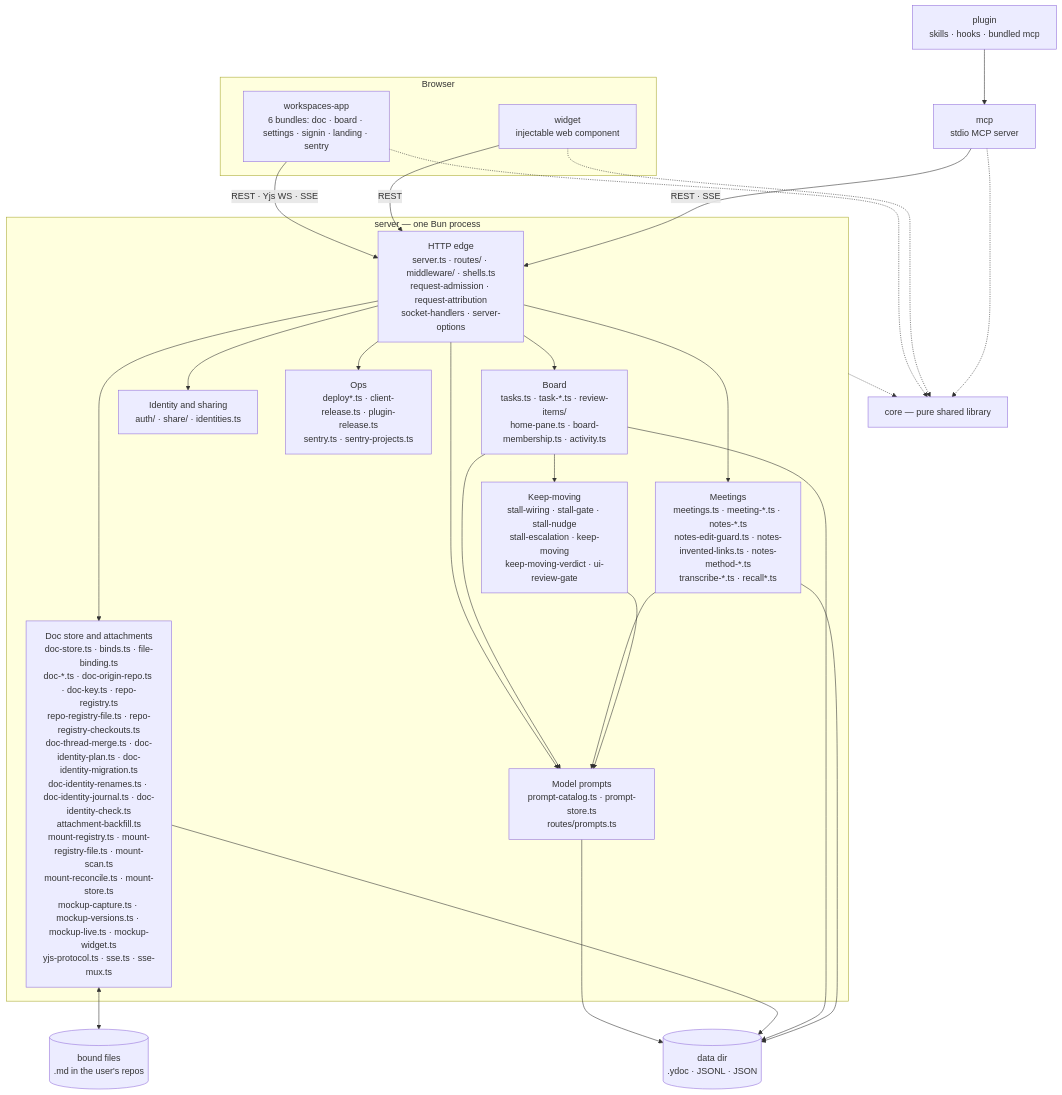
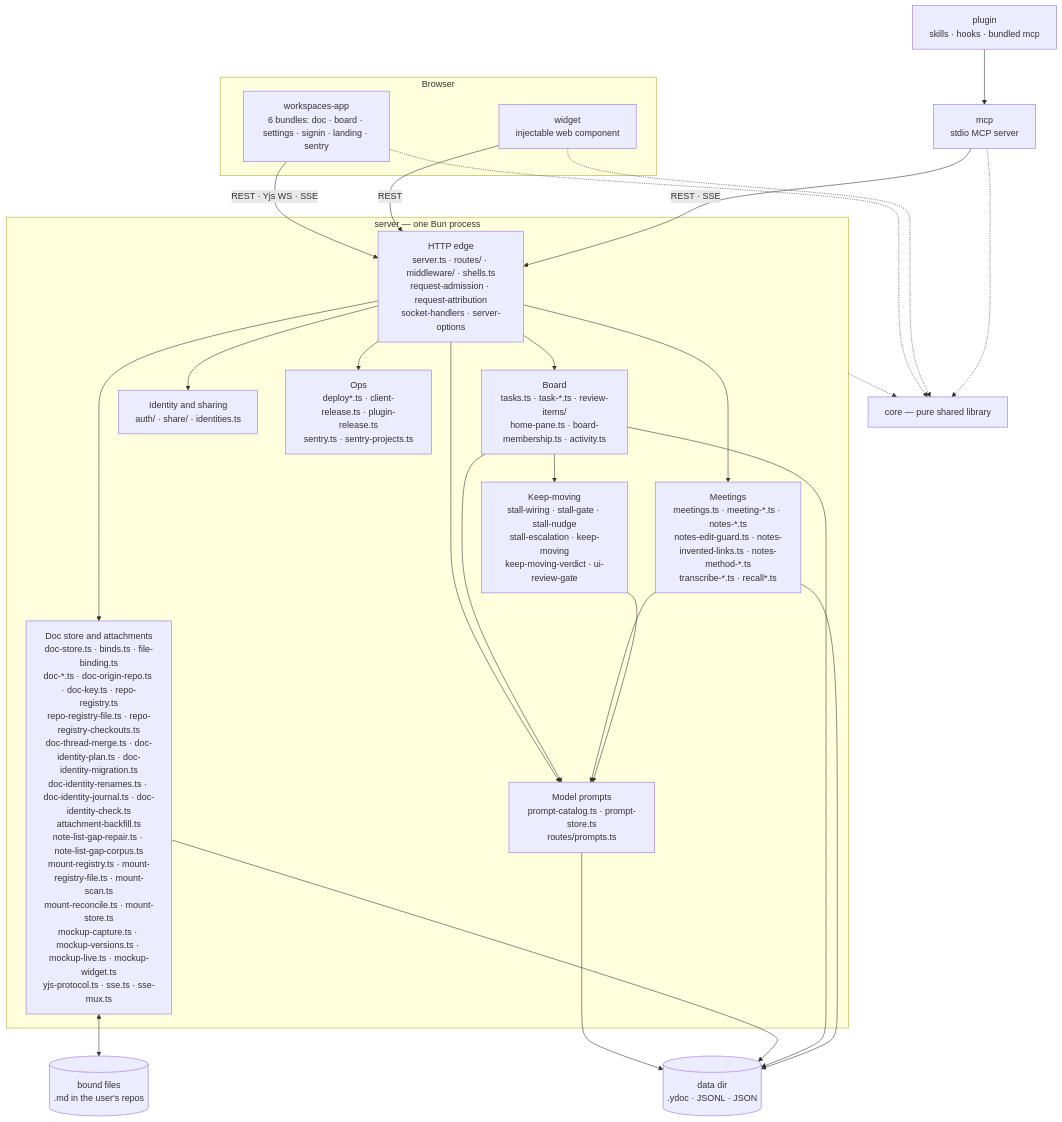
The first of 2 diagrams in docs/architecture/overview.md (fryanpan/claude-workspaces-plugin), drawn with Mermaid before and after one commit. The commit also changed other lines of this file and 8 other files, not shown here.

````diff
--- a/docs/architecture/overview.md
+++ b/docs/architecture/overview.md
@@ -45,35 +45,35 @@
 ```mermaid
 flowchart TB
   subgraph browser[Browser]
     app["workspaces-app<br/>6 bundles: doc · board · settings · signin · landing · sentry"]
     wid["widget<br/>injectable web component"]
   end
   plug["plugin<br/>skills · hooks · bundled mcp"]
   mcp["mcp<br/>stdio MCP server"]
   subgraph srv["server — one Bun process"]
     edge["HTTP edge<br/>server.ts · routes/ · middleware/ · shells.ts<br/>request-admission · request-attribution<br/>socket-handlers · server-options"]
-    docs["Doc store and attachments<br/>doc-store.ts · binds.ts · file-binding.ts<br/>doc-*.ts · doc-origin-repo.ts · doc-key.ts · repo-registry.ts<br/>repo-registry-file.ts · repo-registry-checkouts.ts<br/>doc-thread-merge.ts · doc-identity-plan.ts · doc-identity-migration.ts<br/>doc-identity-renames.ts · doc-identity-journal.ts · doc-identity-check.ts<br/>attachment-backfill.ts<br/>mount-registry.ts · mount-registry-file.ts · mount-scan.ts<br/>mount-reconcile.ts · mount-store.ts<br/>mockup-capture.ts · mockup-versions.ts · mockup-live.ts · mockup-widget.ts<br/>yjs-protocol.ts · sse.ts · sse-mux.ts"]
+    docs["Doc store and attachments<br/>doc-store.ts · binds.ts · file-binding.ts<br/>doc-*.ts · doc-origin-repo.ts · doc-key.ts · repo-registry.ts<br/>repo-registry-file.ts · repo-registry-checkouts.ts<br/>doc-thread-merge.ts · doc-identity-plan.ts · doc-identity-migration.ts<br/>doc-identity-renames.ts · doc-identity-journal.ts · doc-identity-check.ts<br/>attachment-backfill.ts<br/>note-list-gap-repair.ts · note-list-gap-corpus.ts<br/>mount-registry.ts · mount-registry-file.ts · mount-scan.ts<br/>mount-reconcile.ts · mount-store.ts<br/>mockup-capture.ts · mockup-versions.ts · mockup-live.ts · mockup-widget.ts<br/>yjs-protocol.ts · sse.ts · sse-mux.ts"]
     board["Board<br/>tasks.ts · task-*.ts · review-items/<br/>home-pane.ts · board-membership.ts · activity.ts"]
     meet["Meetings<br/>meetings.ts · meeting-*.ts · notes-*.ts<br/>notes-edit-guard.ts · notes-invented-links.ts · notes-method-*.ts<br/>transcribe-*.ts · recall*.ts"]
     keep["Keep-moving<br/>stall-wiring · stall-gate · stall-nudge<br/>stall-escalation · keep-moving<br/>keep-moving-verdict · ui-review-gate"]
     ident["Identity and sharing<br/>auth/ · share/ · identities.ts"]
     prompts["Model prompts<br/>prompt-catalog.ts · prompt-store.ts<br/>routes/prompts.ts"]
     ops["Ops<br/>deploy*.ts · client-release.ts · plugin-release.ts<br/>sentry.ts · sentry-projects.ts"]
   end
   core["core — pure shared library"]
   disk[("data dir<br/>.ydoc · JSONL · JSON")]
   files[("bound files<br/>.md in the user's repos")]
 
   app -->|"REST · Yjs WS · SSE"| edge
   wid -->|REST| edge
   plug --> mcp
   mcp -->|"REST · SSE"| edge
   edge --> docs & board & meet & ident & ops & prompts
   board & meet & keep --> prompts
   prompts --> disk
   board --> keep
   docs <--> files
   docs & board & meet --> disk
   app & wid & mcp -.-> core
   srv -.-> core
 ```
````
